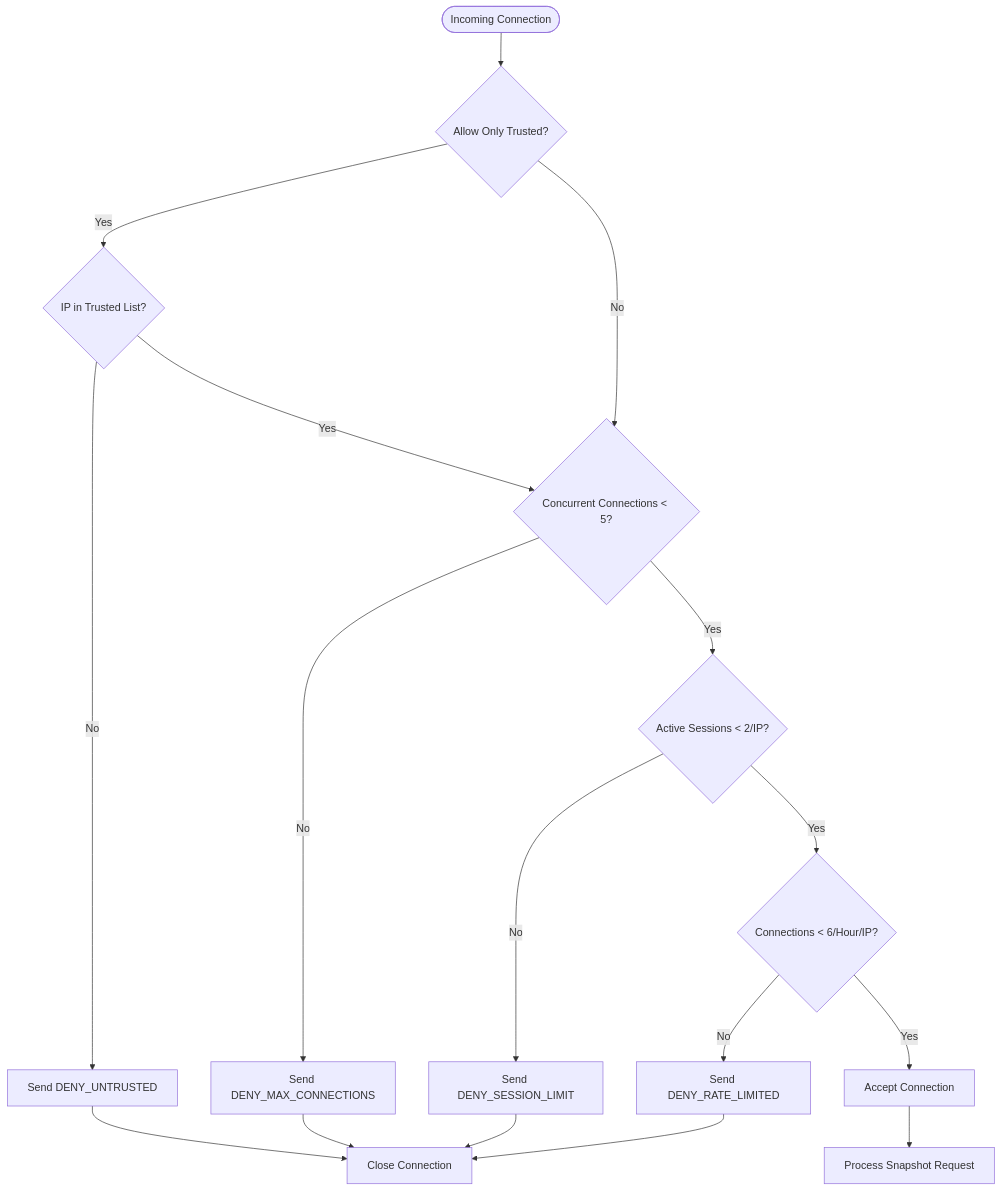
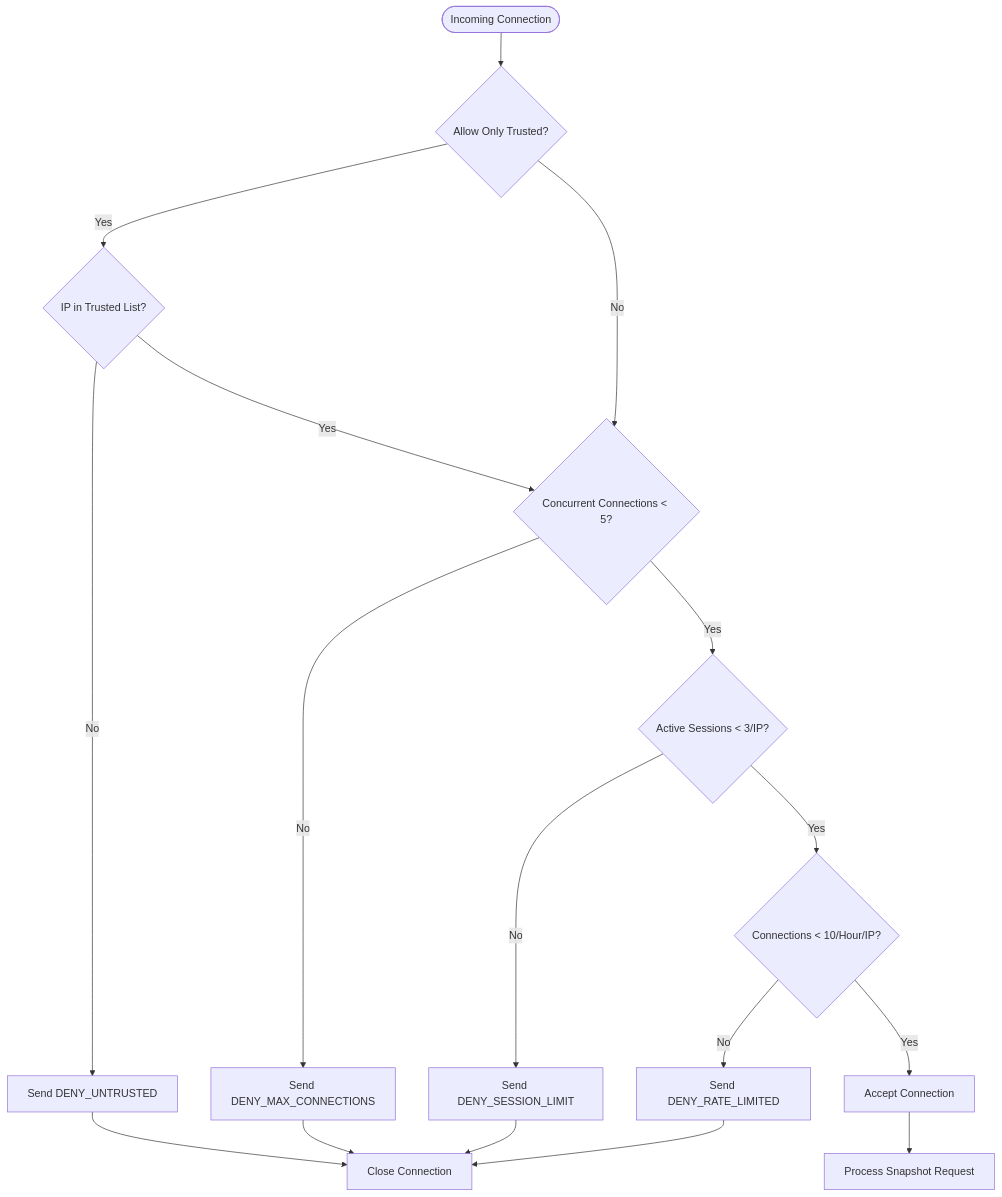
One commit to VIZ-Blockchain/viz-cpp-node changed diagram 18 of 20 in .qoder/repowiki/en/content/Plugin System/Snapshot Plugin System.md. Above: the diagram before and after it, drawn with Mermaid. The commit also changed other lines of this file and 9 other files, not shown here.

````diff
--- a/.qoder/repowiki/en/content/Plugin System/Snapshot Plugin System.md
+++ b/.qoder/repowiki/en/content/Plugin System/Snapshot Plugin System.md
@@ -1054,19 +1059,19 @@
 ```mermaid
 flowchart TD
 Start([Incoming Connection]) --> CheckTrust{"Allow Only Trusted?"}
 CheckTrust --> |Yes| ValidateTrust{"IP in Trusted List?"}
 CheckTrust --> |No| CheckConcurrent{"Concurrent Connections < 5?"}
 ValidateTrust --> |No| DenyUntrusted["Send DENY_UNTRUSTED"]
 ValidateTrust --> |Yes| CheckConcurrent
 CheckConcurrent --> |No| DenyMaxConnections["Send DENY_MAX_CONNECTIONS"]
-CheckConcurrent --> |Yes| CheckSession{"Active Sessions < 2/IP?"}
+CheckConcurrent --> |Yes| CheckSession{"Active Sessions < 3/IP?"}
 CheckSession --> |No| DenySessionLimit["Send DENY_SESSION_LIMIT"]
-CheckSession --> |Yes| CheckRate{"Connections < 6/Hour/IP?"}
+CheckSession --> |Yes| CheckRate{"Connections < 10/Hour/IP?"}
 CheckRate --> |No| DenyRateLimited["Send DENY_RATE_LIMITED"]
 CheckRate --> |Yes| Accept["Accept Connection"]
 DenyUntrusted --> Close["Close Connection"]
 DenyMaxConnections --> Close
 DenySessionLimit --> Close
 DenyRateLimited --> Close
 Accept --> Process["Process Snapshot Request"]
 ```
````
